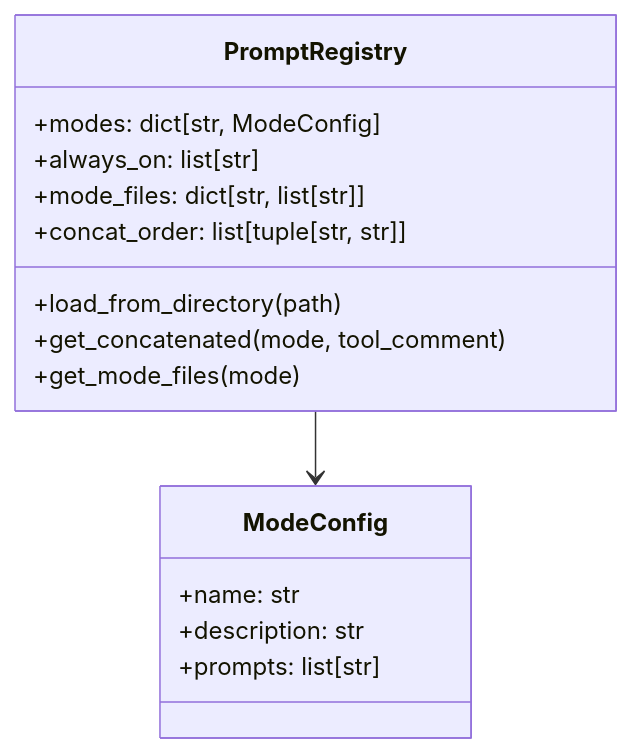
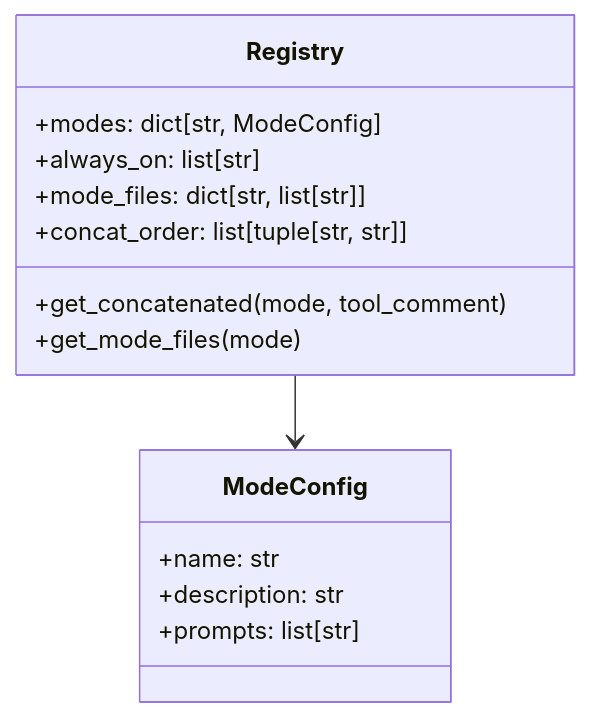
Before and after one commit to snoodleboot-io/prompticorn: the third of 6 diagrams in promptosaurus/PROMPTOSAURUS.md, drawn with Mermaid. The commit also changed other lines of this file and 234 other files, not shown here.

````diff
--- a/promptosaurus/PROMPTOSAURUS.md
+++ b/promptosaurus/PROMPTOSAURUS.md
@@ -94,20 +96,19 @@
 ```mermaid
 classDiagram
-    class PromptRegistry {
+    class Registry {
         +modes: dict[str, ModeConfig]
         +always_on: list[str]
         +mode_files: dict[str, list[str]]
         +concat_order: list[tuple[str, str]]
-        +load_from_directory(path)
         +get_concatenated(mode, tool_comment)
         +get_mode_files(mode)
     }
     
     class ModeConfig {
         +name: str
         +description: str
         +prompts: list[str]
     }
     
-    PromptRegistry --> ModeConfig
+    Registry --> ModeConfig
 ```
````
